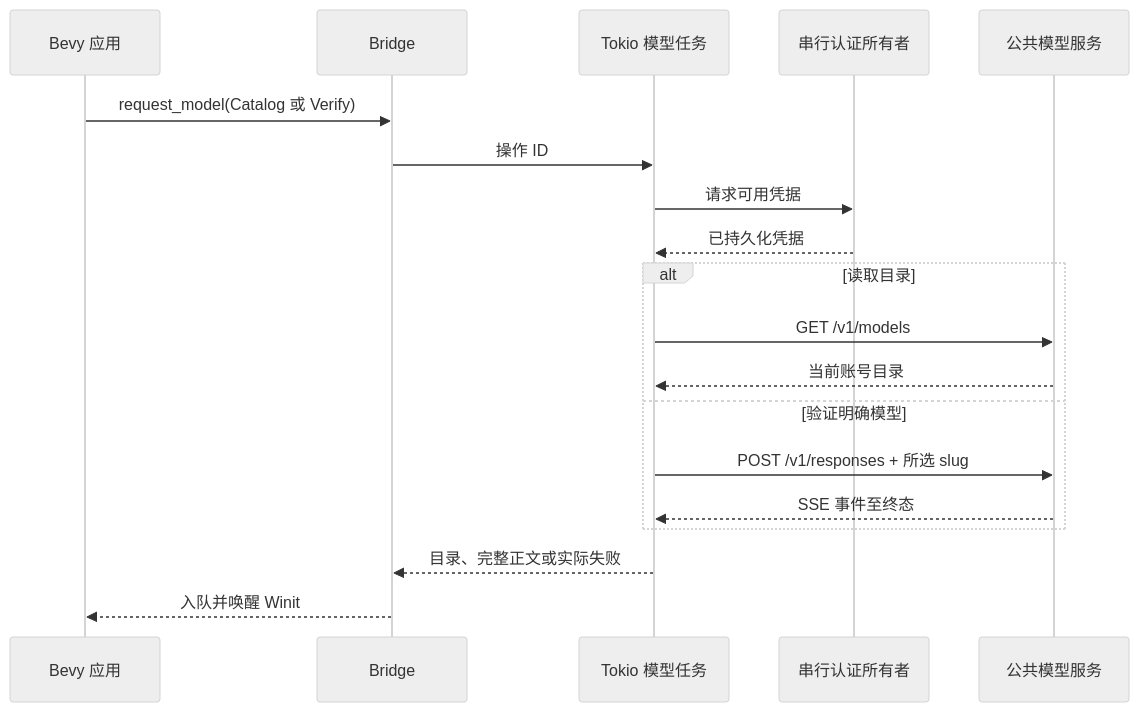
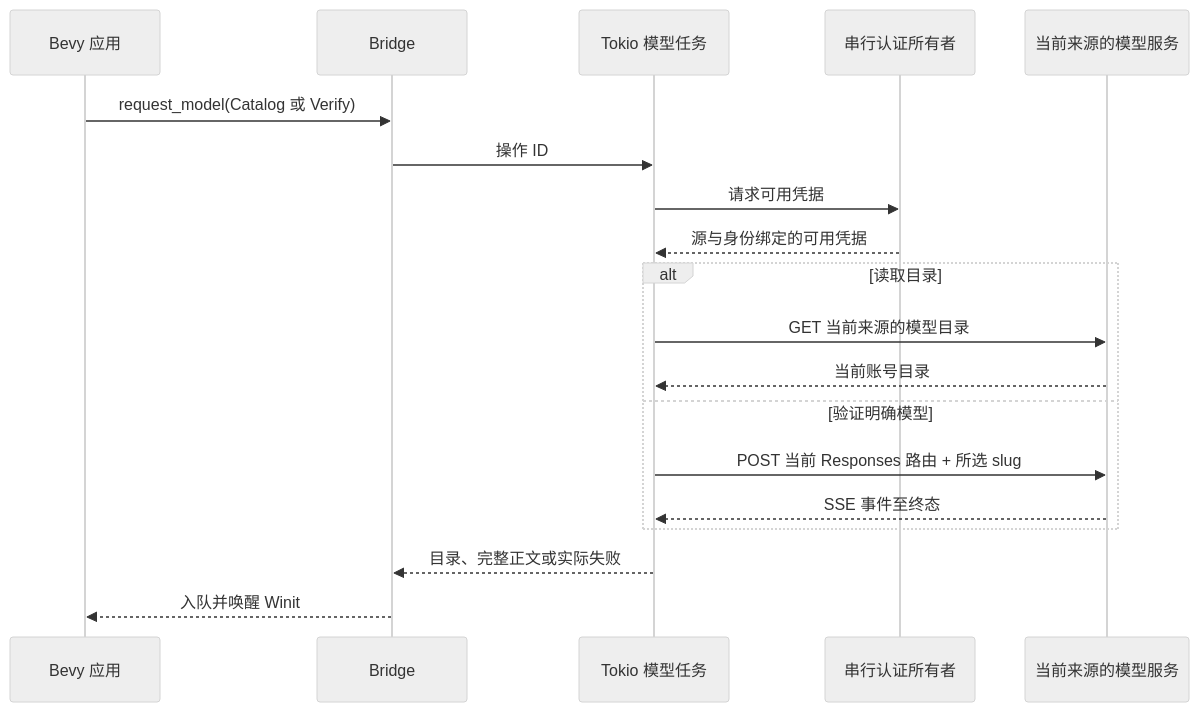
Before and after one commit to slc90/Agentelier: the diagram in docs/design/modules/model-request.md, drawn with Mermaid (neutral theme). The commit also changed other lines of this file and 28 other files, not shown here.

````diff
--- a/docs/design/modules/model-request.md
+++ b/docs/design/modules/model-request.md
@@ -5,21 +5,21 @@
 ```mermaid
 sequenceDiagram
     participant App as Bevy 应用
     participant Bridge as Bridge
     participant Model as Tokio 模型任务
     participant Auth as 串行认证所有者
-    participant API as 公共模型服务
+    participant API as 当前来源的模型服务
     App->>Bridge: request_model(Catalog 或 Verify)
     Bridge->>Model: 操作 ID
     Model->>Auth: 请求可用凭据
-    Auth-->>Model: 已持久化凭据
+    Auth-->>Model: 源与身份绑定的可用凭据
     alt 读取目录
-        Model->>API: GET /v1/models
+        Model->>API: GET 当前来源的模型目录
         API-->>Model: 当前账号目录
     else 验证明确模型
-        Model->>API: POST /v1/responses + 所选 slug
+        Model->>API: POST 当前 Responses 路由 + 所选 slug
         API-->>Model: SSE 事件至终态
     end
     Model-->>Bridge: 目录、完整正文或实际失败
     Bridge-->>App: 入队并唤醒 Winit
 ```
````
